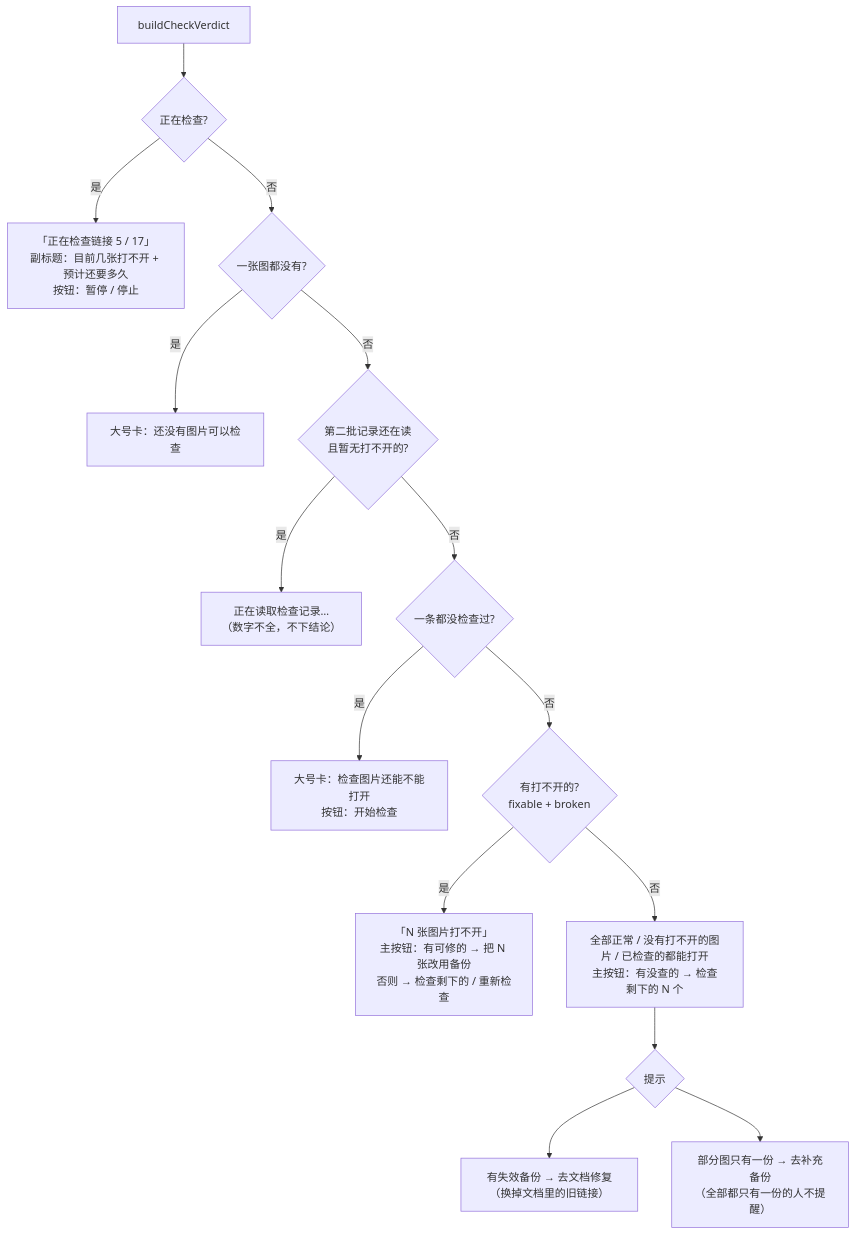
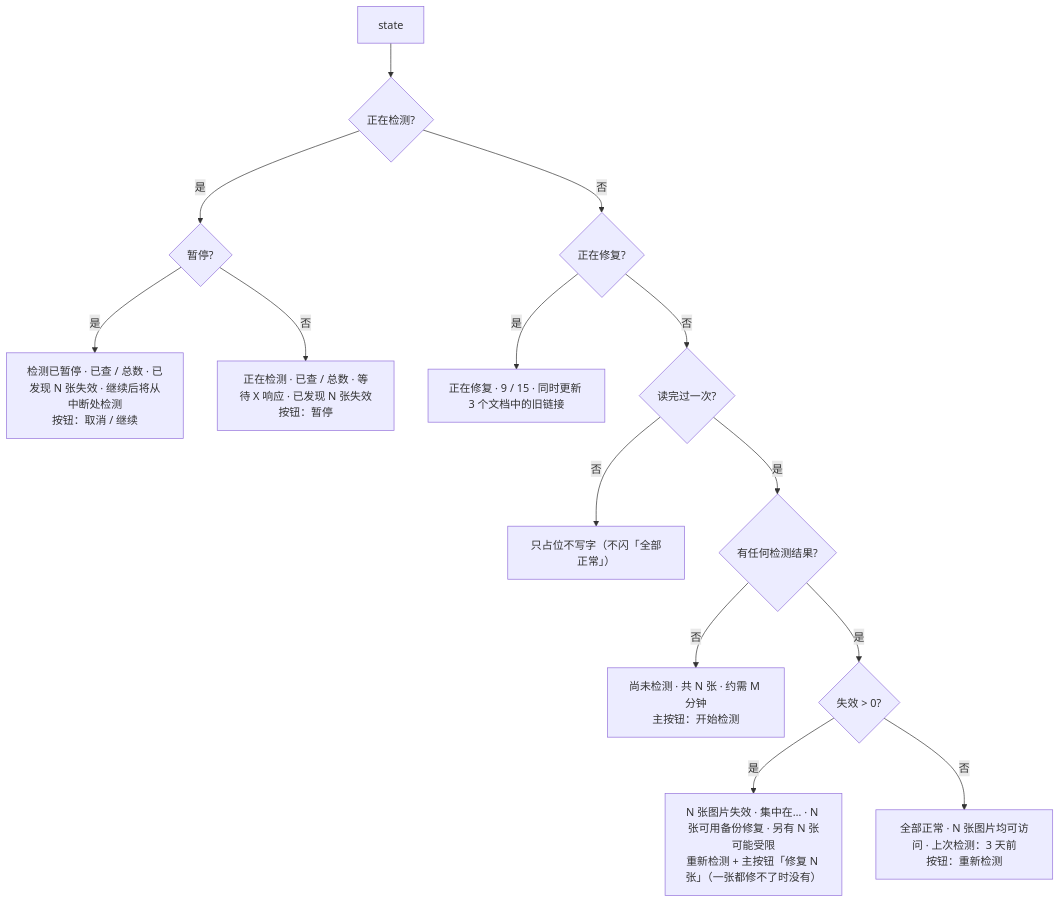
Before and after one commit to joeyliu6/PicNexus: the fourth of 5 diagrams in docs/flows/link-check-flow.md, drawn with Mermaid. The commit also changed other lines of this file and 11 other files, not shown here.

First line of the commit message:
docs(flows): describe 链接健康's repair, supplement backup and health model

````diff
--- a/docs/flows/link-check-flow.md
+++ b/docs/flows/link-check-flow.md
@@ -328,17 +324,16 @@
 ```mermaid
 flowchart TD
-    A[buildCheckVerdict] --> R{正在检查?}
-    R -- 是 --> R1["「正在检查链接 5 / 17」<br/>副标题：目前几张打不开 + 预计还要多久<br/>按钮：暂停 / 停止"]
-    R -- 否 --> E{一张图都没有?}
-    E -- 是 --> E1["大号卡：还没有图片可以检查"]
-    E -- 否 --> L{第二批记录还在读<br/>且暂无打不开的?}
-    L -- 是 --> L1["正在读取检查记录…<br/>（数字不全，不下结论）"]
-    L -- 否 --> N{一条都没检查过?}
-    N -- 是 --> N1["大号卡：检查图片还能不能打开<br/>按钮：开始检查"]
-    N -- 否 --> P{有打不开的?<br/>fixable + broken}
-    P -- 是 --> P1["「N 张图片打不开」<br/>主按钮：有可修的 → 把 N 张改用备份<br/>否则 → 检查剩下的 / 重新检查"]
-    P -- 否 --> O["全部正常 / 没有打不开的图片 / 已检查的都能打开<br/>主按钮：有没查的 → 检查剩下的 N 个"]
-    O --> H{提示}
-    H --> H1["有失效备份 → 去文档修复（换掉文档里的旧链接）"]
-    H --> H2["部分图只有一份 → 去补充备份<br/>（全部都只有一份的人不提醒）"]
+    A[state] --> C{正在检测?}
+    C -- 是 --> C1{暂停?}
+    C1 -- 是 --> P["检测已暂停 · 已查 / 总数 · 已发现 N 张失效 · 继续后将从中断处检测<br/>按钮：取消 / 继续"]
+    C1 -- 否 --> R["正在检测 · 已查 / 总数 · 等待 X 响应 · 已发现 N 张失效<br/>按钮：暂停"]
+    C -- 否 --> F{正在修复?}
+    F -- 是 --> F1["正在修复 · 9 / 15 · 同时更新 3 个文档中的旧链接"]
+    F -- 否 --> L{读完过一次?}
+    L -- 否 --> L1["只占位不写字（不闪「全部正常」）"]
+    L -- 是 --> N{有任何检测结果?}
+    N -- 否 --> N1["尚未检测 · 共 N 张 · 约需 M 分钟<br/>主按钮：开始检测"]
+    N -- 是 --> D{失效 > 0?}
+    D -- 是 --> D1["N 张图片失效 · 集中在… · N 张可用备份修复 · 另有 N 张可能受限<br/>重新检测 + 主按钮「修复 N 张」（一张都修不了时没有）"]
+    D -- 否 --> G["全部正常 · N 张图片均可访问 · 上次检测：3 天前<br/>按钮：重新检测"]
 ```
````
